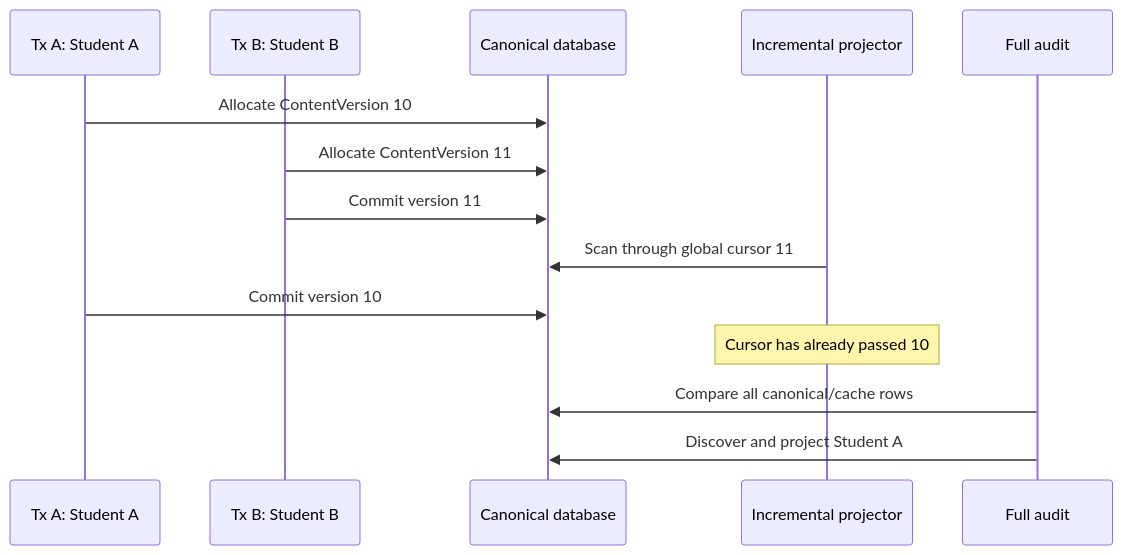
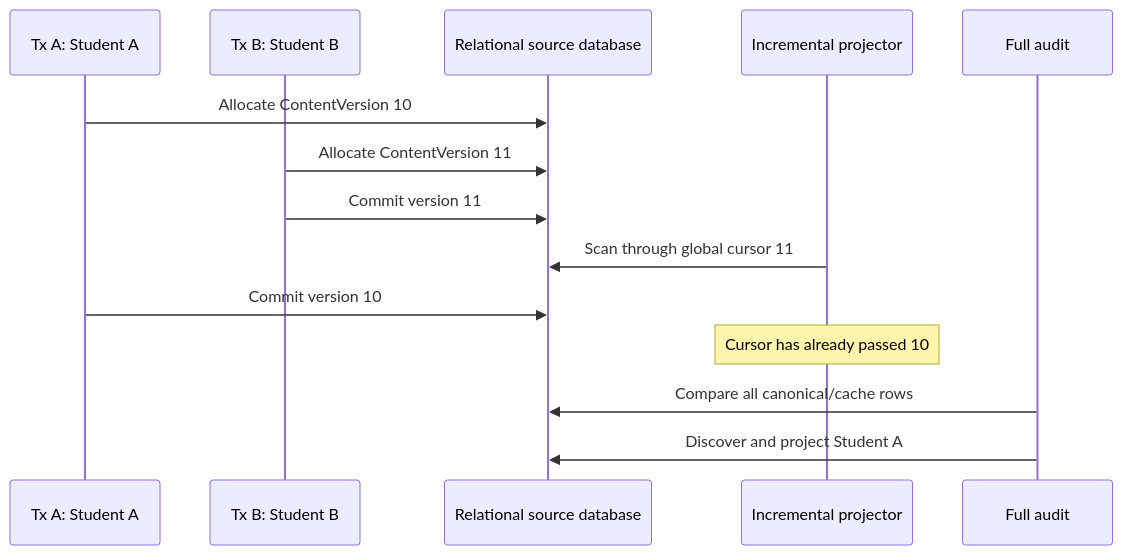
Before and after one commit to Ed-Fi-Alliance-OSS/Data-Management-Service: the third of 10 diagrams in PRESENTATION.md, drawn with Mermaid. The commit also changed other lines of this file, not shown here.

````diff
--- a/PRESENTATION.md
+++ b/PRESENTATION.md
@@ -200,17 +200,17 @@
 ```mermaid
 sequenceDiagram
     participant A as Tx A: Student A
     participant B as Tx B: Student B
-    participant DB as Canonical database
+    participant DB as Relational source database
     participant P as Incremental projector
     participant F as Full audit
 
     A->>DB: Allocate ContentVersion 10
     B->>DB: Allocate ContentVersion 11
     B->>DB: Commit version 11
     P->>DB: Scan through global cursor 11
     A->>DB: Commit version 10
     Note over P: Cursor has already passed 10
     F->>DB: Compare all canonical/cache rows
     F->>DB: Discover and project Student A
 ```
````
